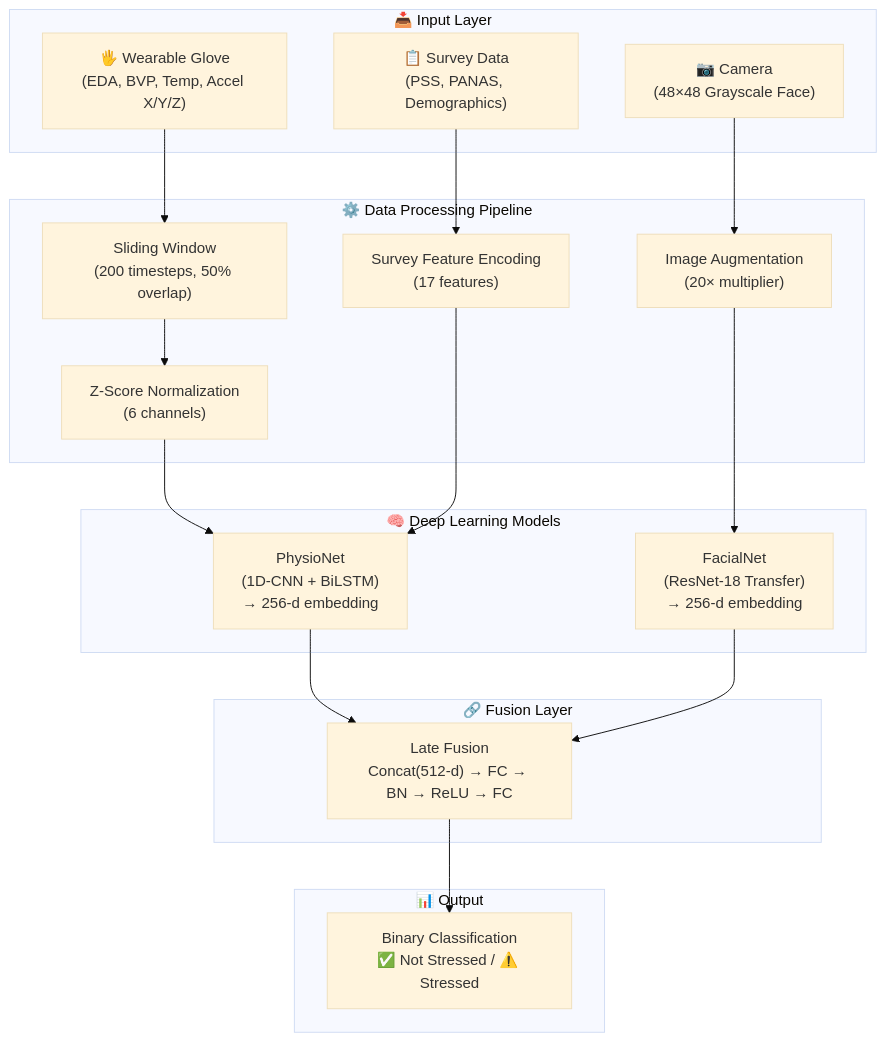
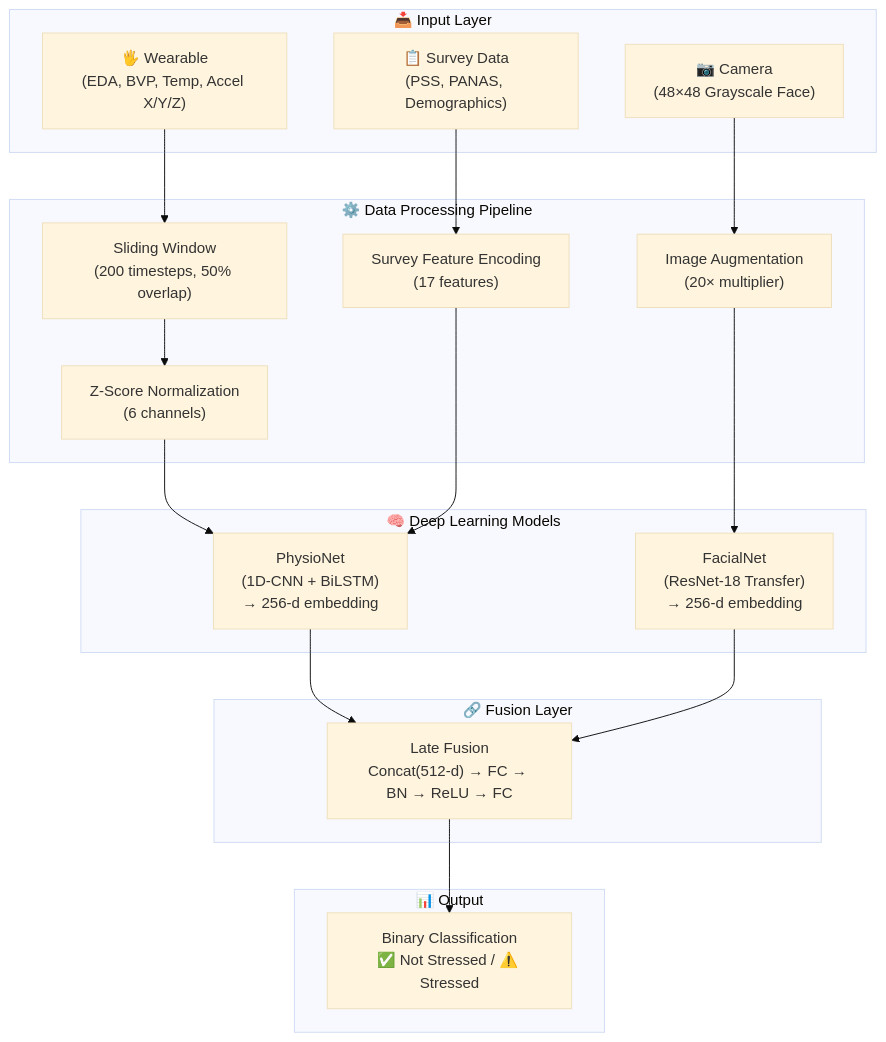
Before and after one commit to Yuvi-Sharma07/Capstone: the first of 8 diagrams in project_diagrams.md, drawn with Mermaid (base theme). The commit also changed other lines of this file and 2 other files, not shown here.

Commit message:
doc: rename project to Neural Palp and update wearable terminology

````diff
--- a/project_diagrams.md
+++ b/project_diagrams.md
@@ -13,35 +13,35 @@
 ```mermaid
 graph TB
     subgraph Input_Layer["📥 Input Layer"]
-        A["🖐️ Wearable Glove<br/>(EDA, BVP, Temp, Accel X/Y/Z)"]
+        A["🖐️ Wearable<br/>(EDA, BVP, Temp, Accel X/Y/Z)"]
         B["📷 Camera<br/>(48×48 Grayscale Face)"]
         C["📋 Survey Data<br/>(PSS, PANAS, Demographics)"]
     end
 
     subgraph Data_Pipeline["⚙️ Data Processing Pipeline"]
         D["Sliding Window<br/>(200 timesteps, 50% overlap)"]
         E["Z-Score Normalization<br/>(6 channels)"]
         F["Image Augmentation<br/>(20× multiplier)"]
         G["Survey Feature Encoding<br/>(17 features)"]
     end
 
     subgraph Model_Layer["🧠 Deep Learning Models"]
         H["PhysioNet<br/>(1D-CNN + BiLSTM)<br/>→ 256-d embedding"]
         I["FacialNet<br/>(ResNet-18 Transfer)<br/>→ 256-d embedding"]
     end
 
     subgraph Fusion_Layer["🔗 Fusion Layer"]
         J["Late Fusion<br/>Concat(512-d) → FC → BN → ReLU → FC"]
     end
 
     subgraph Output_Layer["📊 Output"]
         K["Binary Classification<br/>✅ Not Stressed / ⚠️ Stressed"]
     end
 
     A --> D --> E --> H
     C --> G --> H
     B --> F --> I
     H --> J
     I --> J
     J --> K
 ```
````
